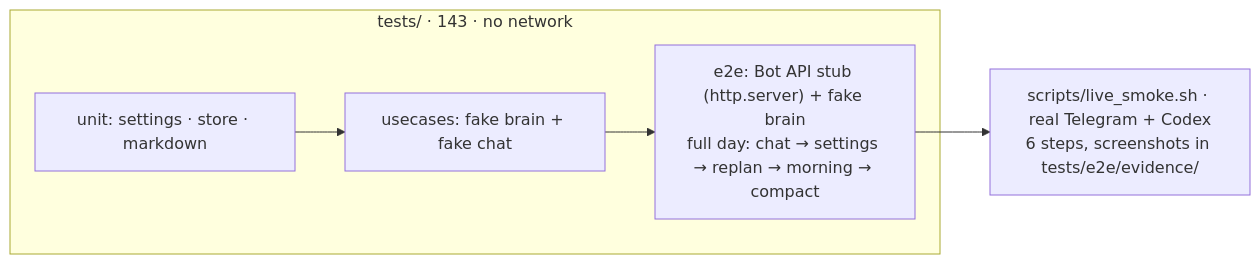
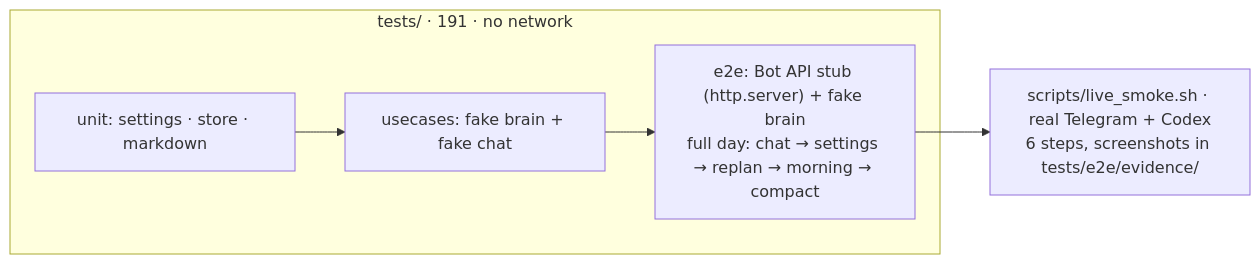
One commit to vovka/mentor-bot changed diagram 17 of 19 in docs/ARCHITECTURE.md. Above: the diagram before and after it, drawn with Mermaid. The commit also changed other lines of this file and 2 other files, not shown here.

````diff
--- a/docs/ARCHITECTURE.md
+++ b/docs/ARCHITECTURE.md
@@ -424,8 +452,8 @@
 ```mermaid
 flowchart LR
-  subgraph "tests/ · 143 · no network"
+  subgraph "tests/ · 191 · no network"
     U[unit: settings · store · markdown] --> UC[usecases: fake brain + fake chat]
     UC --> E2E["e2e: Bot API stub (http.server) + fake brain<br/>full day: chat → settings → replan → morning → compact"]
   end
   E2E --> LIVE["scripts/live_smoke.sh · real Telegram + Codex<br/>6 steps, screenshots in tests/e2e/evidence/"]
 ```
````
